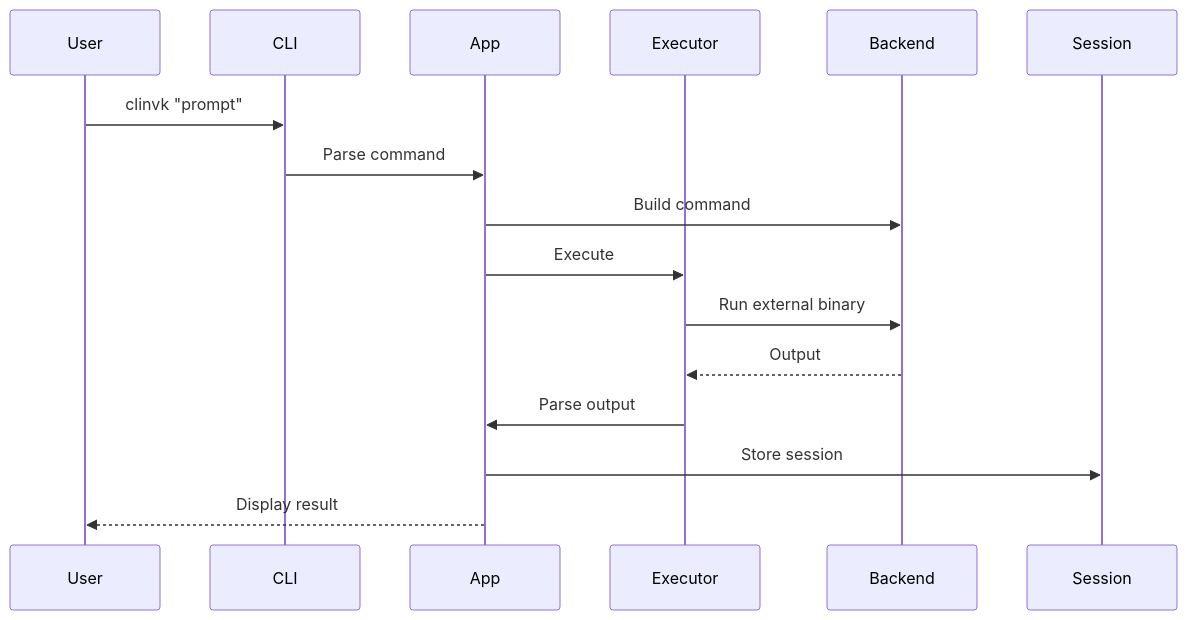
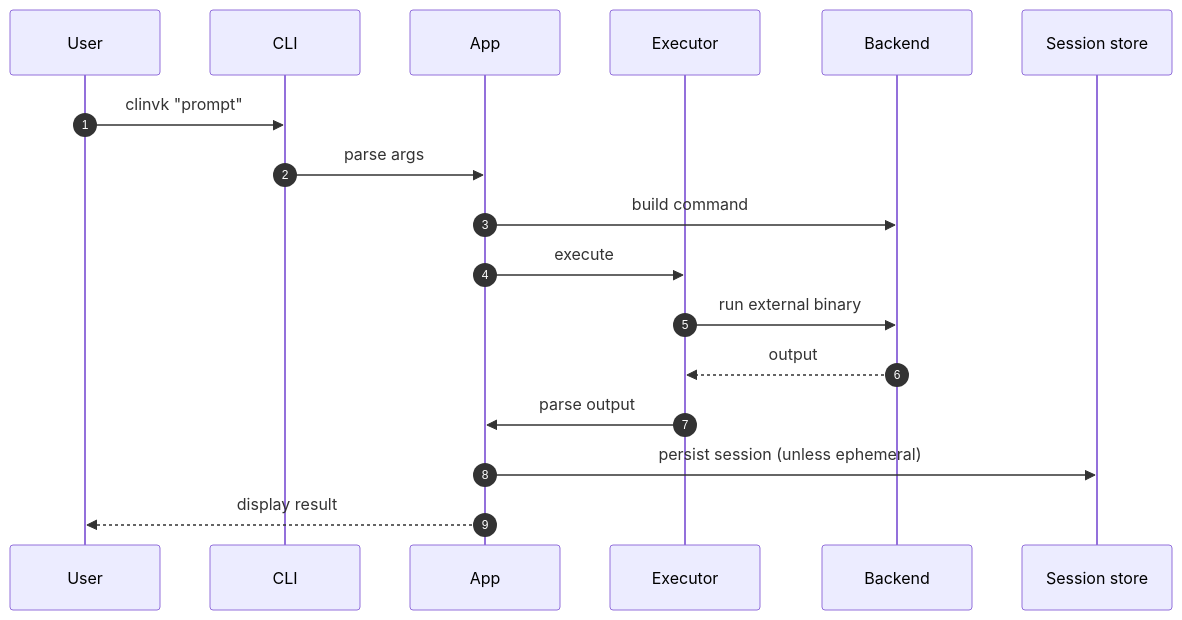
The second of 4 diagrams in docs/development/architecture.md (signalridge/clinvoker), drawn with Mermaid before and after one commit. The commit also changed other lines of this file and 14 other files, not shown here.

First line of the commit message:
docs: add Integration section and refine Mermaid diagrams

````diff
--- a/docs/development/architecture.md
+++ b/docs/development/architecture.md
@@ -130,19 +139,20 @@
 ```mermaid
 sequenceDiagram
+    autonumber
     participant User
     participant CLI
     participant App
-    participant Executor
+    participant Exec as Executor
     participant Backend
-    participant Session
+    participant Store as Session store
 
     User->>CLI: clinvk "prompt"
-    CLI->>App: Parse command
-    App->>Backend: Build command
-    App->>Executor: Execute
-    Executor->>Backend: Run external binary
-    Backend-->>Executor: Output
-    Executor->>App: Parse output
-    App->>Session: Store session
-    App-->>User: Display result
+    CLI->>App: parse args
+    App->>Backend: build command
+    App->>Exec: execute
+    Exec->>Backend: run external binary
+    Backend-->>Exec: output
+    Exec->>App: parse output
+    App->>Store: persist session (unless ephemeral)
+    App-->>User: display result
 ```
````
